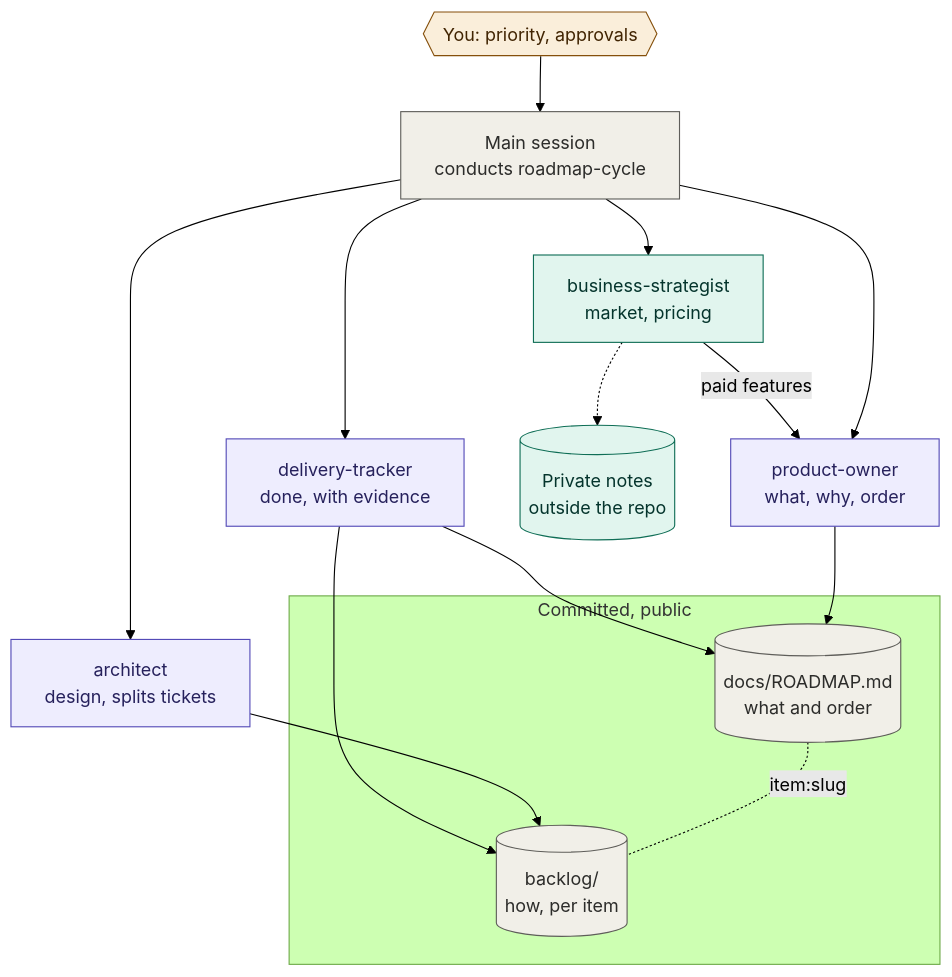
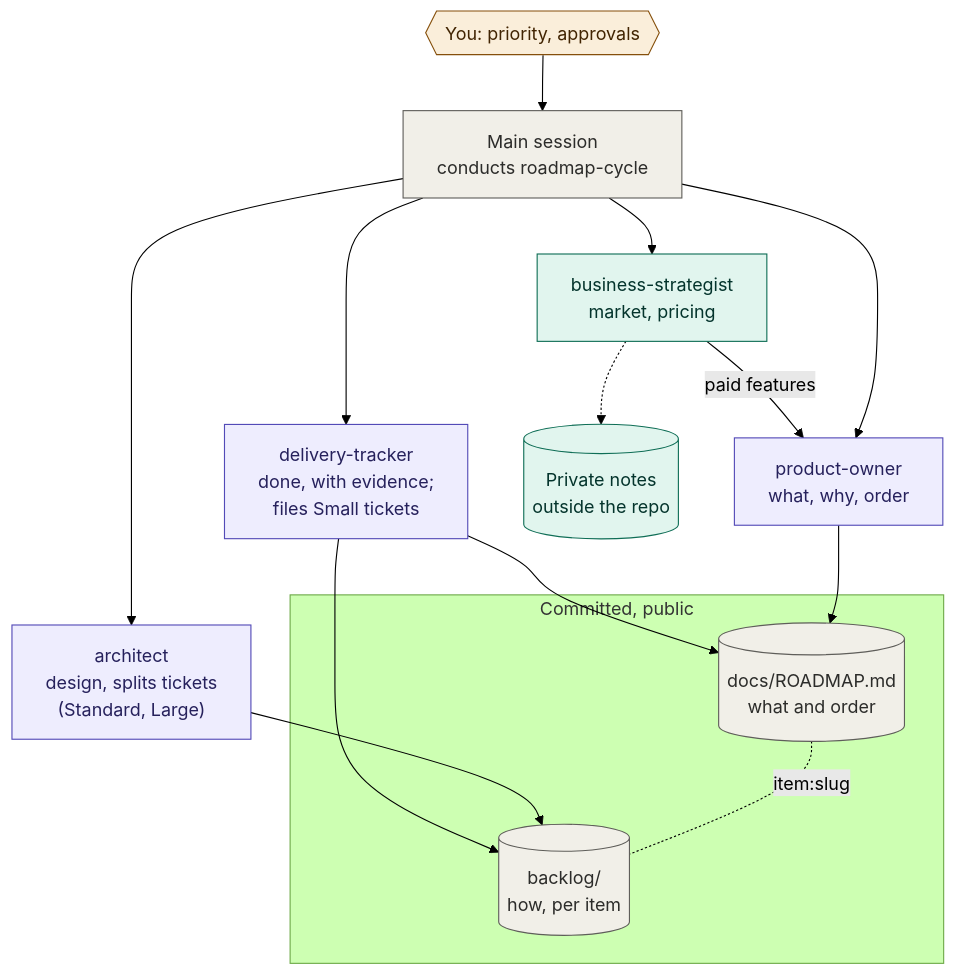
Before and after one commit to Shafichariri/kinspector: the third of 5 diagrams in docs/TEAM.md, drawn with Mermaid (forest theme). The commit also changed other lines of this file, not shown here.

First line of the commit message:
team: diagrams for the tracks

````diff
--- a/docs/TEAM.md
+++ b/docs/TEAM.md
@@ -117,28 +150,28 @@
 ```mermaid
 flowchart TD
     you{{"You: priority, approvals"}} --> lead["Main session<br/>conducts roadmap-cycle"]
     lead --> strat["business-strategist<br/>market, pricing"]
     lead --> po["product-owner<br/>what, why, order"]
-    lead --> arch["architect<br/>design, splits tickets"]
-    lead --> tracker["delivery-tracker<br/>done, with evidence"]
+    lead --> arch["architect<br/>design, splits tickets<br/>(Standard, Large)"]
+    lead --> tracker["delivery-tracker<br/>done, with evidence;<br/>files Small tickets"]
     strat -.-> private[("Private notes<br/>outside the repo")]
     strat -- "paid features" --> po
     subgraph repo["Committed, public"]
         roadmap[("docs/ROADMAP.md<br/>what and order")]
         tickets[("backlog/<br/>how, per item")]
         roadmap -. "item:slug" .- tickets
     end
     po --> roadmap
     arch --> tickets
     tracker --> tickets
     tracker --> roadmap
 
     classDef gate fill:#FAEEDA,stroke:#854F0B,color:#412402
     classDef own fill:#EEEDFE,stroke:#534AB7,color:#26215C
     classDef biz fill:#E1F5EE,stroke:#0F6E56,color:#04342C
     classDef plain fill:#F1EFE8,stroke:#5F5E5A,color:#2C2C2A
     class you gate
     class po,arch,tracker own
     class strat,private biz
     class lead,roadmap,tickets plain
 ```
````
